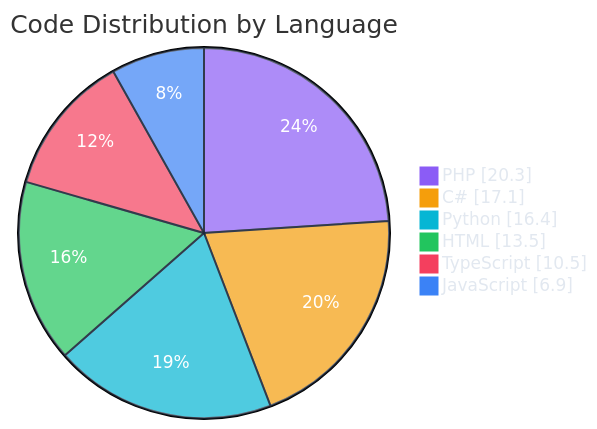
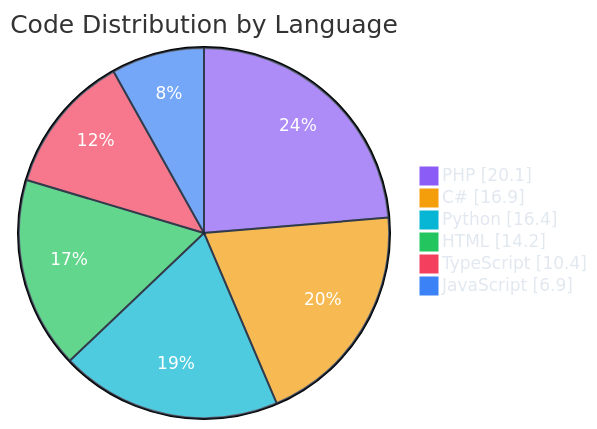
One commit to polo-nyan/polo-nyan changed the second of 7 diagrams in README.md. Above: the diagram before and after it, drawn with Mermaid. The commit also changed other lines of this file and 1 other file, not shown here.

````diff
--- a/README.md
+++ b/README.md
@@ -229,11 +229,11 @@
 ```mermaid
 %%{init: {"theme": "base", "themeVariables": { "pie1": "#8b5cf6", "pie2": "#f59e0b", "pie3": "#06b6d4", "pie4": "#22c55e", "pie5": "#f43f5e", "pie6": "#3b82f6", "pie7": "#ec4899", "pieTextColor": "#ffffff", "pieLegendTextColor": "#e2e8f0", "pieSectionTextColor": "#ffffff", "pieStrokeColor": "#1e293b" }}}%%
 pie showData
     title Code Distribution by Language
-    "PHP" : 20.3
-    "C#" : 17.1
+    "PHP" : 20.1
+    "C#" : 16.9
     "Python" : 16.4
-    "HTML" : 13.5
-    "TypeScript" : 10.5
+    "HTML" : 14.2
+    "TypeScript" : 10.4
     "JavaScript" : 6.9
 ```
````
